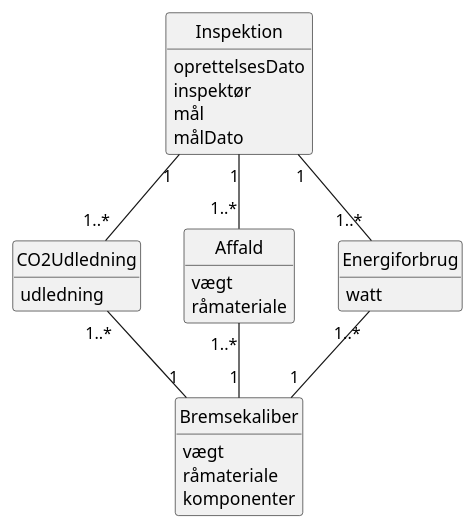
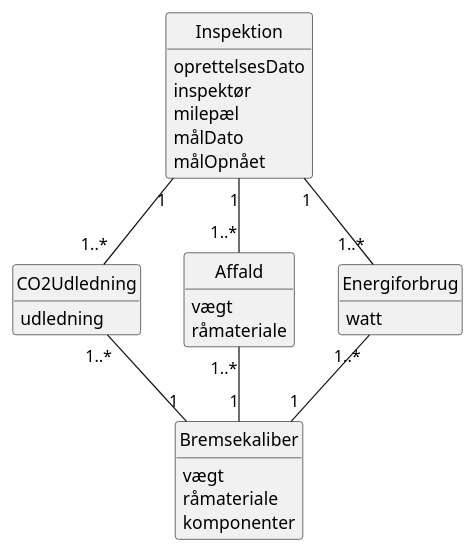
One commit to FilipMeldal/Budweg changed the diagram in Budweg/Artefacts/BudwegDomainModel.plantuml. Above: the diagram before and after it, drawn with PlantUML. The commit also changed 1 other file, not shown here.

```diff
--- a/Budweg/Artefacts/BudwegDomainModel.plantuml
+++ b/Budweg/Artefacts/BudwegDomainModel.plantuml
@@ -1,46 +1,47 @@
 @startuml
 hide circle
 hide empty members
 
 
 
 CO2Udledning "1..*" -- "1" Bremsekaliber
 Affald "1..*" -- "1" Bremsekaliber
 Energiforbrug "1..*" -- "1" Bremsekaliber
 Inspektion "1" -- "1..*" CO2Udledning
 Inspektion "1" -- "1..*" Affald
 Inspektion "1" -- "1..*" Energiforbrug
 
 
 Class Bremsekaliber
 {
     vægt
     råmateriale
     komponenter
 }
 
 Class CO2Udledning 
 {
     udledning
 }
 
 Class Affald
 {
     vægt
     råmateriale
 }
 
 Class Energiforbrug
 {
     watt
 }
 
 Class Inspektion
 {
     oprettelsesDato
     inspektør
-    mål
+    milepæl
     målDato
+    målOpnået
 }
 
 @enduml
```
